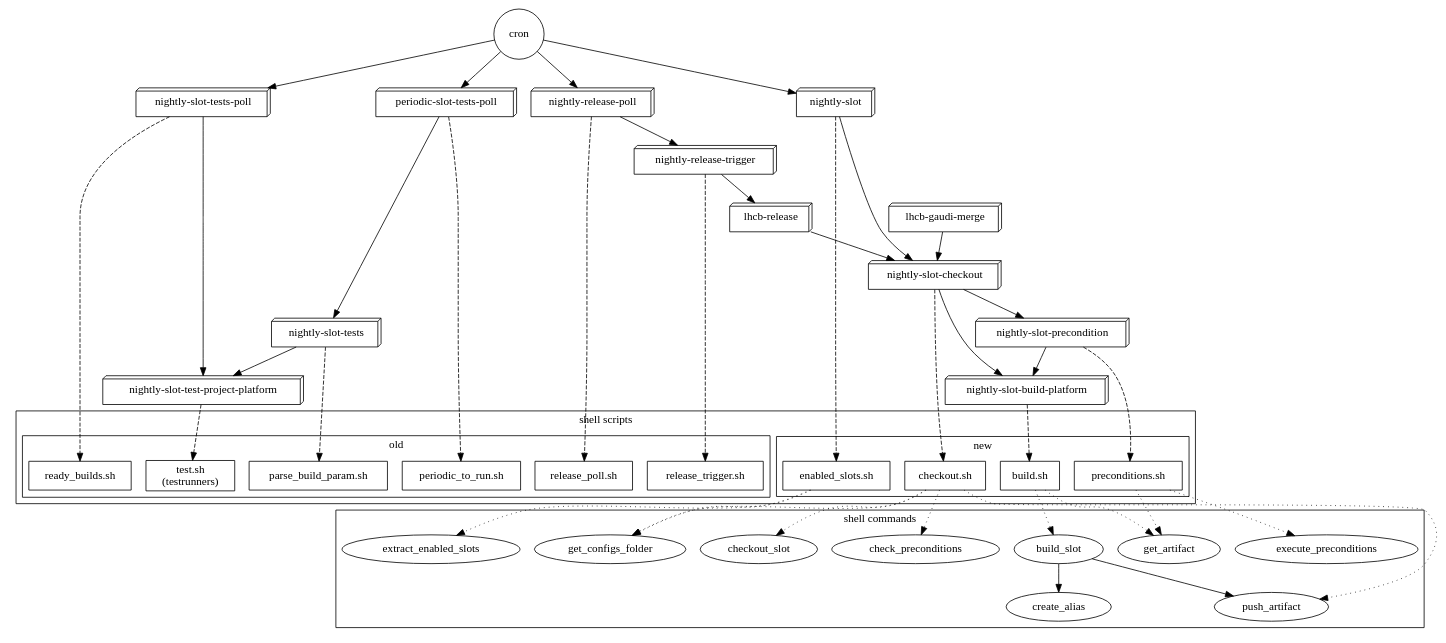
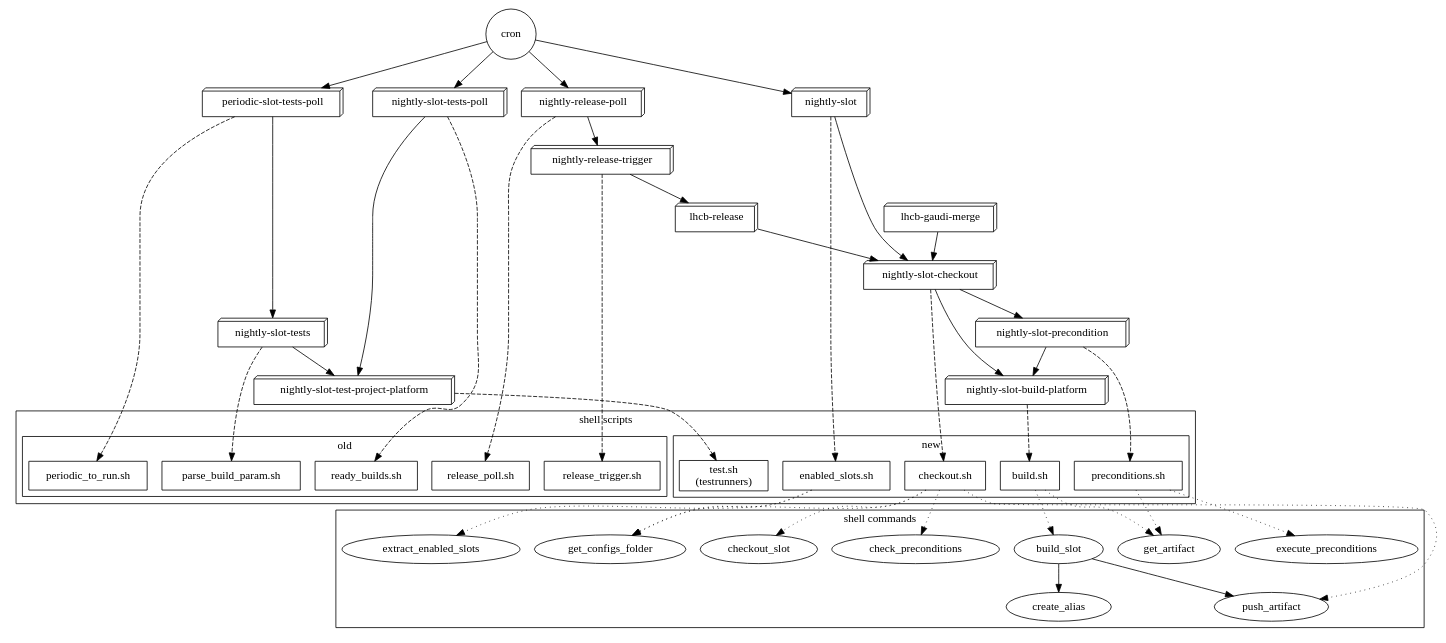
Before and after one commit to LHCbDev/lhcbpr2all: the diagram in docs/jenkins-scripts.dot, drawn with Graphviz. The commit also changed other lines of this file and 1 other file, not shown here.

Commit message:
minor fix to the graph of the scripts

```diff
--- a/docs/jenkins-scripts.dot
+++ b/docs/jenkins-scripts.dot
@@ -1,114 +1,114 @@
 digraph "Jenkins-scripts" {
 
 "cron" [shape=circle];
 
 cron -> { rank = same; node [shape=box3d];
   "nightly-slot";
   "nightly-slot-tests-poll";
   "periodic-slot-tests-poll";
   "nightly-release-poll";
 }
 
 // Jenkins jobs
 subgraph jobs {
   node [shape=box3d];
   //label = "Jenkins jobs";
 
   "nightly-slot" -> "nightly-slot-checkout";
   "nightly-slot-checkout" -> "nightly-slot-precondition";
   "nightly-slot-checkout" -> "nightly-slot-build-platform";
   "nightly-slot-precondition" -> "nightly-slot-build-platform";
 
   "nightly-slot-tests-poll" -> "nightly-slot-test-project-platform";
 
   "periodic-slot-tests-poll" -> "nightly-slot-tests" -> "nightly-slot-test-project-platform";
 
   "nightly-release-poll" -> "nightly-release-trigger" -> "lhcb-release" -> "nightly-slot-checkout";
 
   "lhcb-gaudi-merge" -> "nightly-slot-checkout";
 }
 
 // Scripts
 subgraph cluster_scripts {
   node [shape=box];
   rank = same;
   label = "shell scripts";
 
   subgraph cluster_new_scripts {
     label = "new";
     "enabled_slots.sh";
     "checkout.sh";
     "preconditions.sh";
     "build.sh";
+    "test.sh" [label = "test.sh\n(testrunners)"];
   }
 
   subgraph cluster_old_scripts {
     label = "old";
     "ready_builds.sh";
-    "test.sh" [label = "test.sh\n(testrunners)"];
     "periodic_to_run.sh";
     "parse_build_param.sh";
     "release_poll.sh";
     "release_trigger.sh";
   }
 }
 
 // Shell commands (aliases)
 subgraph cluster_commands {
   node [shape=ellipse];
   rank = same;
   label = "shell commands";
 
   get_configs_folder;
   extract_enabled_slots;
   checkout_slot;
   push_artifact;
   check_preconditions;
   get_artifact;
   execute_preconditions;
   build_slot;
   create_alias;
 
   build_slot -> { create_alias push_artifact }
 };
 
 // Connections jobs->scripts
 edge [style=dashed];
 "nightly-slot" -> "enabled_slots.sh";
 "nightly-slot-checkout" -> "checkout.sh";
 "nightly-slot-precondition" -> "preconditions.sh";
 "nightly-slot-build-platform" -> "build.sh";
 "nightly-slot-tests-poll" -> "ready_builds.sh";
 "nightly-slot-test-project-platform" -> "test.sh";
 "periodic-slot-tests-poll" -> "periodic_to_run.sh";
 "nightly-slot-tests" -> "parse_build_param.sh";
 "nightly-release-poll" -> "release_poll.sh";
 "nightly-release-trigger" -> "release_trigger.sh";
 
 // Connections scripts->commands
 // fake level
 edge [style=dotted];
 "enabled_slots.sh" -> {
   get_configs_folder
   extract_enabled_slots
 };
 
 "checkout.sh" -> {
   get_configs_folder
   checkout_slot
   push_artifact
   check_preconditions
 };
 
 "preconditions.sh" -> {
   get_artifact
   execute_preconditions
 };
 
 "build.sh" -> {
   get_artifact
   build_slot
 };
 
 //"test.sh" -> { node [shape=folder]; testrunners };
 }
```
